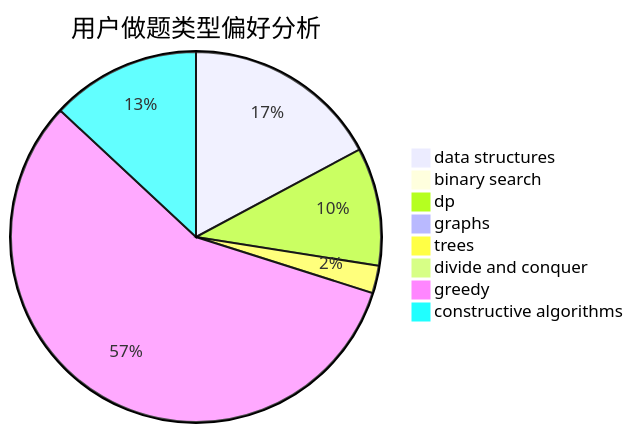
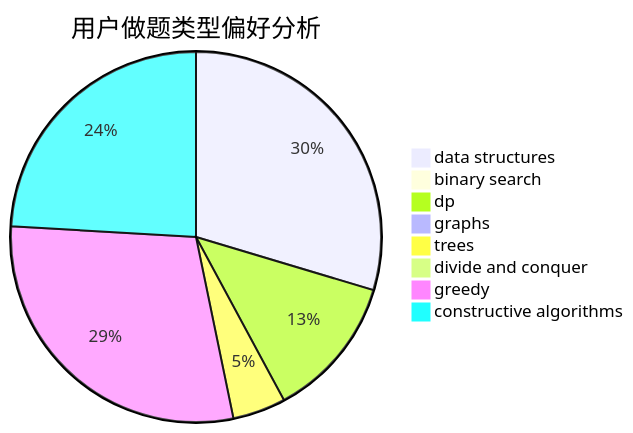
One commit to sherpahu/cfrs.github.io changed the second of 3 diagrams in docs/user/u1695.md. Above: the diagram before and after it, drawn with Mermaid. The commit also changed other lines of this file and 2770 other files, not shown here.

````diff
--- a/docs/user/u1695.md
+++ b/docs/user/u1695.md
@@ -23,11 +23,11 @@
 ```mermaid
 pie title 用户做题类型偏好分析
-    "data structures" :  50
-    "binary search" :  1
-    "dp" :  30
-    "graphs" :  1
-    "trees" :  7
+    "data structures" :  64
+    "binary search" :  0
+    "dp" :  27
+    "graphs" :  0
+    "trees" :  10
     "divide and conquer" :  0
-    "greedy" :  166
-    "constructive algorithms" :  38
+    "greedy" :  63
+    "constructive algorithms" :  52
 ```
````
